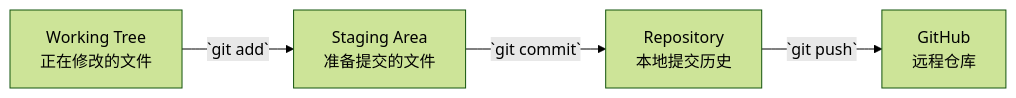
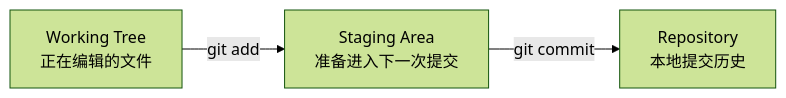
Before and after one commit to inaku-Gyan/RM-EC-Tutorial-2026-Summer: the fourth of 15 diagrams in slides.md, drawn with Mermaid (forest theme). The commit also changed other lines of this file, not shown here.

Commit message:
完善 git

````diff
--- a/slides.md
+++ b/slides.md
@@ -47,6 +200,5 @@
 ```mermaid
 flowchart LR
-  WT[Working Tree<br/>正在修改的文件] -->|`git add`| SA[Staging Area<br/>准备提交的文件]
-  SA -->|`git commit`| REPO[Repository<br/>本地提交历史]
-  REPO -->|`git push`| GH[GitHub<br/>远程仓库]
+  WT[Working Tree<br/>正在编辑的文件] -->|git add| STAGE[Staging Area<br/>准备进入下一次提交]
+  STAGE -->|git commit| REPO[Repository<br/>本地提交历史]
 ```
````
